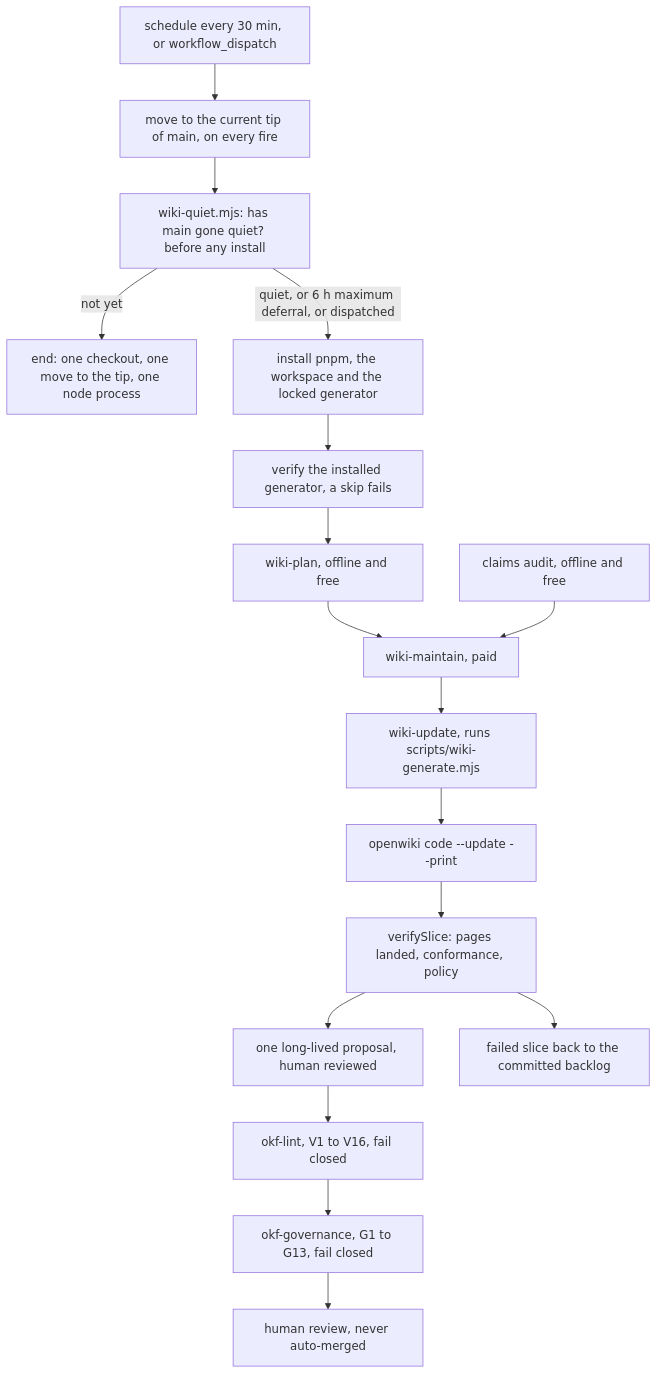
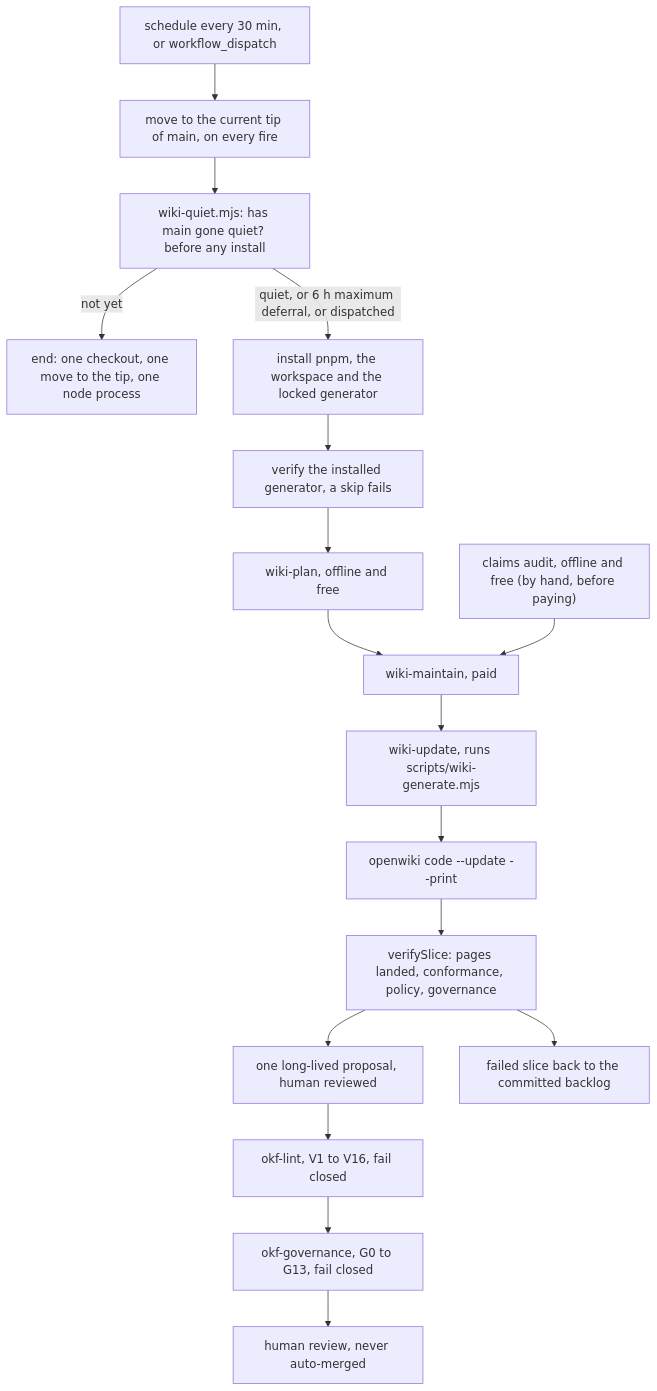
Before and after one commit to jumbleknot/MovieCollectionManager: the diagram in openwiki/process/wiki-maintenance.md, drawn with Mermaid. The commit also changed other lines of this file and 13 other files, not shown here.

````diff
--- a/openwiki/process/wiki-maintenance.md
+++ b/openwiki/process/wiki-maintenance.md
@@ -106,19 +110,19 @@
 ```mermaid
 flowchart TD
     Fire["schedule every 30 min, or workflow_dispatch"] --> Tip["move to the current tip of main, on every fire"]
     Tip --> Quiet["wiki-quiet.mjs: has main gone quiet? before any install"]
     Quiet -->|"not yet"| NoRun["end: one checkout, one move to the tip, one node process"]
     Quiet -->|"quiet, or 6 h maximum deferral, or dispatched"| Install["install pnpm, the workspace and the locked generator"]
     Install --> Guard["verify the installed generator, a skip fails"]
     Guard --> Plan["wiki-plan, offline and free"]
     Plan --> Maintain["wiki-maintain, paid"]
-    Audit["claims audit, offline and free"] --> Maintain
+    Audit["claims audit, offline and free (by hand, before paying)"] --> Maintain
     Maintain --> Generate["wiki-update, runs scripts/wiki-generate.mjs"]
     Generate --> Cli["openwiki code --update --print"]
-    Cli --> Verify["verifySlice: pages landed, conformance, policy"]
+    Cli --> Verify["verifySlice: pages landed, conformance, policy, governance"]
     Verify --> Proposal["one long-lived proposal, human reviewed"]
     Verify --> Backlog["failed slice back to the committed backlog"]
     Proposal --> Lint["okf-lint, V1 to V16, fail closed"]
-    Lint --> Gov["okf-governance, G1 to G13, fail closed"]
+    Lint --> Gov["okf-governance, G0 to G13, fail closed"]
     Gov --> Review["human review, never auto-merged"]
 ```
````
